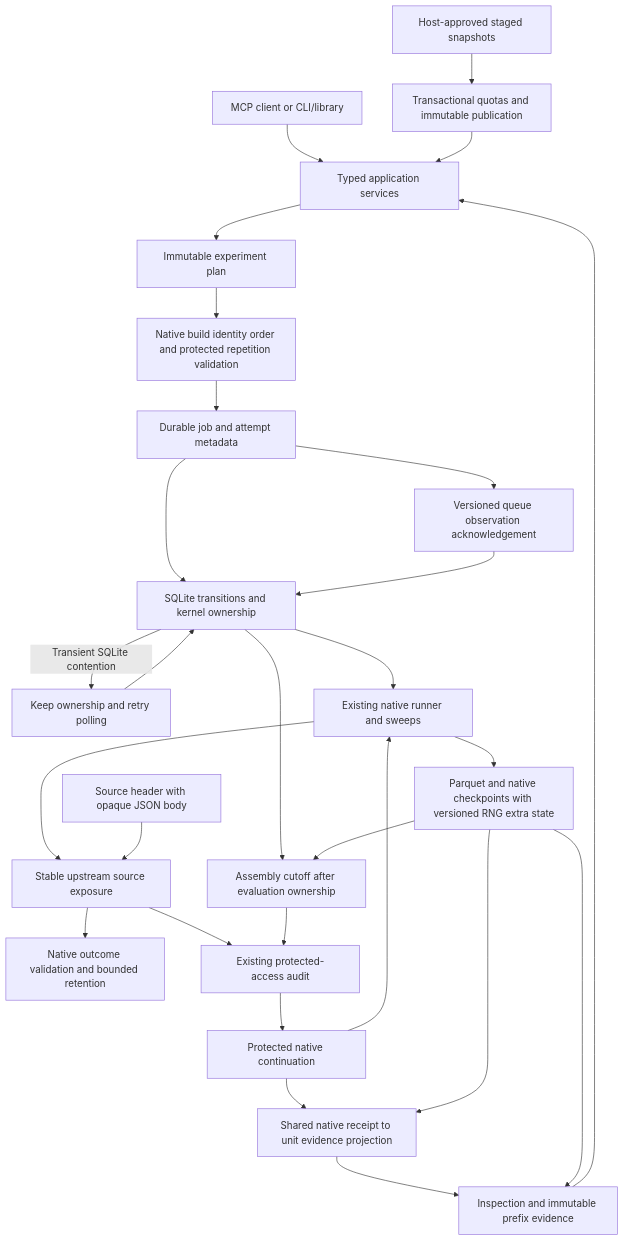
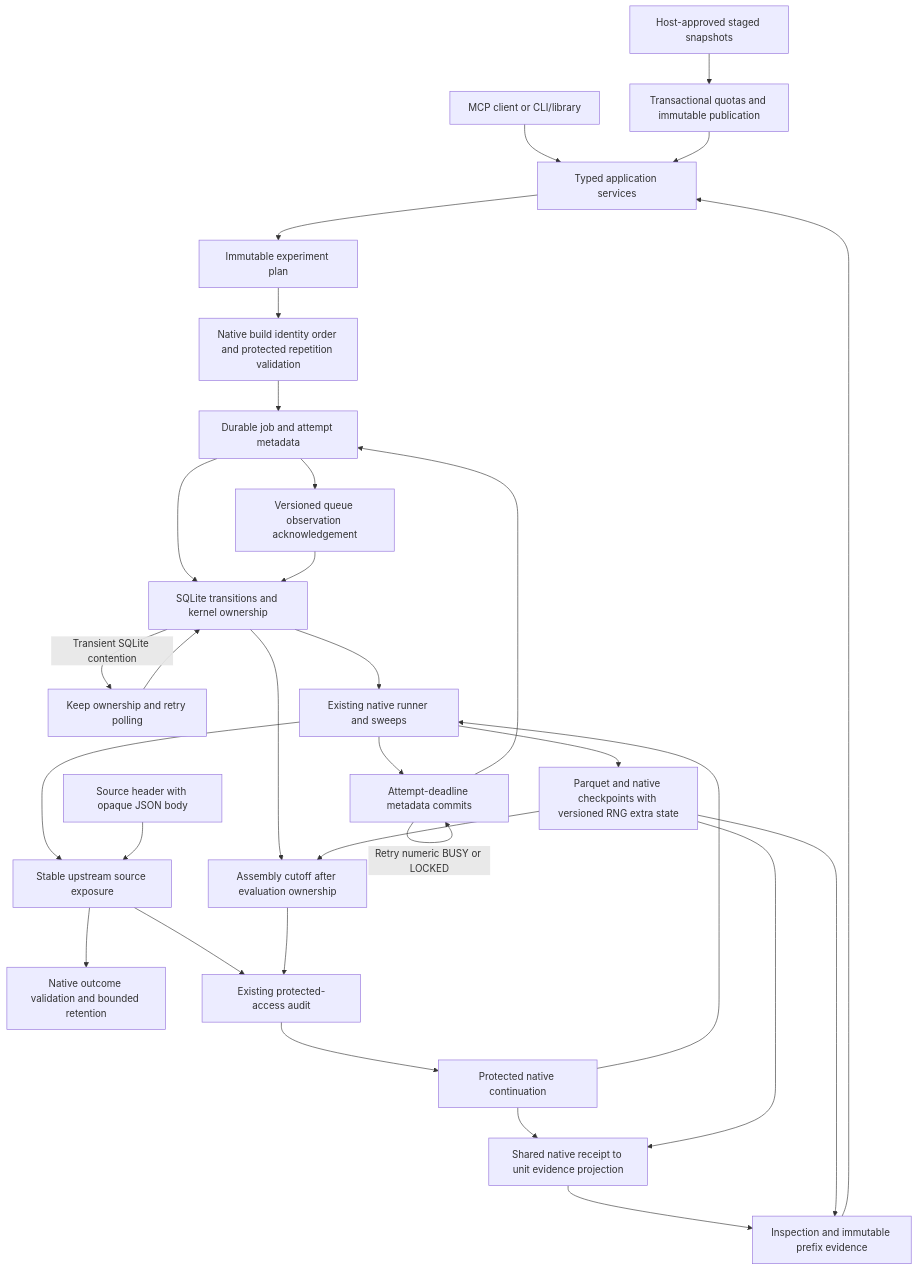
Before and after one commit to jacksonpradolima/coleman4hcs: the first of 2 diagrams in docs/workflow-contracts.md, drawn with Mermaid. The commit also changed other lines of this file and 6 other files, not shown here.

Commit message:
fix: bound worker metadata retries by the attempt deadline

````diff
--- a/docs/workflow-contracts.md
+++ b/docs/workflow-contracts.md
@@ -88,30 +93,33 @@
 ```mermaid
 flowchart TD
     Client[MCP client or CLI/library] --> App[Typed application services]
     Registry[Host-approved staged snapshots] --> Admission[Transactional quotas and immutable publication]
     Admission --> App
     App --> Plan[Immutable experiment plan]
     Plan --> Preflight[Native build identity order and protected repetition validation]
     Preflight --> Jobs[Durable job and attempt metadata]
     Jobs --> Ownership[SQLite transitions and kernel ownership]
     Jobs --> Ack[Versioned queue observation acknowledgement]
     Ack --> Ownership
     Ownership -->|Transient SQLite contention| Retry[Keep ownership and retry polling]
     Retry --> Ownership
     Ownership --> Runner[Existing native runner and sweeps]
+    Runner --> Metadata[Attempt-deadline metadata commits]
+    Metadata -->|Retry numeric BUSY or LOCKED| Metadata
+    Metadata --> Jobs
     Runner --> Store[Parquet and native checkpoints with versioned RNG extra state]
     Runner --> Exposure[Stable upstream source exposure]
     Import[Source header with opaque JSON body] --> Exposure
     Exposure --> Decode[Native outcome validation and bounded retention]
     Exposure --> Audit[Existing protected-access audit]
     Ownership --> Window[Assembly cutoff after evaluation ownership]
     Store --> Window
     Window --> Audit
     Audit --> Continuation[Protected native continuation]
     Continuation --> Runner
     Continuation --> Projection[Shared native receipt to unit evidence projection]
     Store --> Projection
     Projection --> Evidence
     Store --> Evidence[Inspection and immutable prefix evidence]
     Evidence --> App
 ```
````
